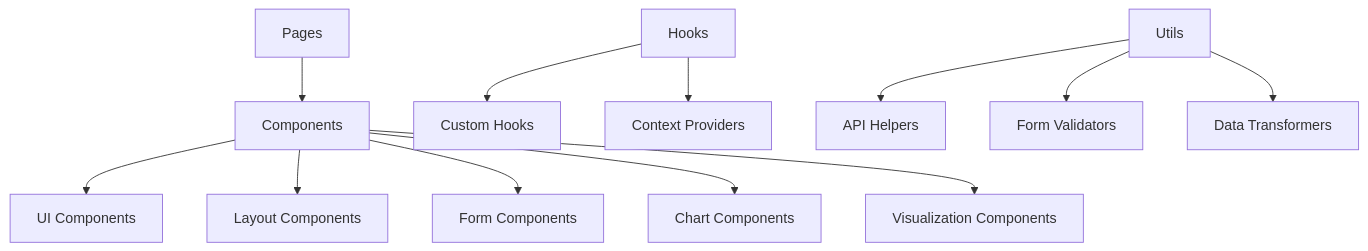
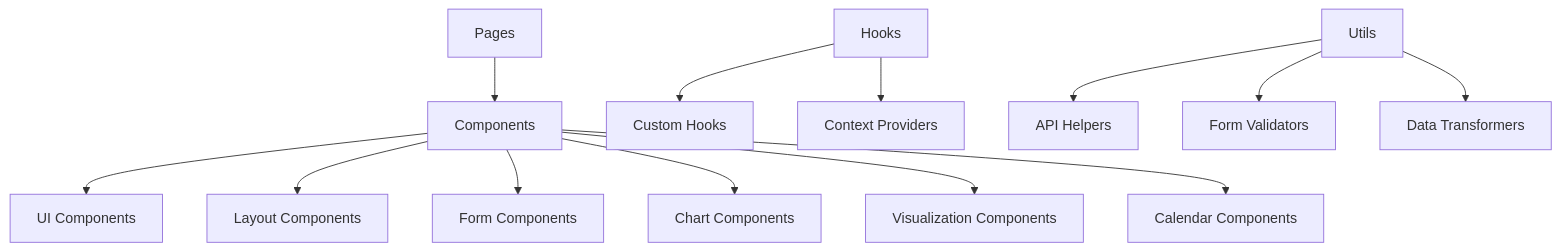
One commit to Skobyn/vercel-fft changed the first of 2 diagrams in memory-bank/systemPatterns.md. Above: the diagram before and after it, drawn with Mermaid. The commit also changed other lines of this file and 2 other files, not shown here.

Commit message:
docs: update memory bank with new calendar and visualization features

````diff
--- a/memory-bank/systemPatterns.md
+++ b/memory-bank/systemPatterns.md
@@ -6,14 +6,15 @@
 ```mermaid
 graph TD
     A[Pages] --> B[Components]
     B --> C[UI Components]
     B --> D[Layout Components]
     B --> E[Form Components]
     B --> F[Chart Components]
     B --> V[Visualization Components]
+    B --> W[Calendar Components]
     G[Hooks] --> H[Custom Hooks]
     G --> I[Context Providers]
     J[Utils] --> K[API Helpers]
     J --> L[Form Validators]
     J --> M[Data Transformers]
 ```
````
